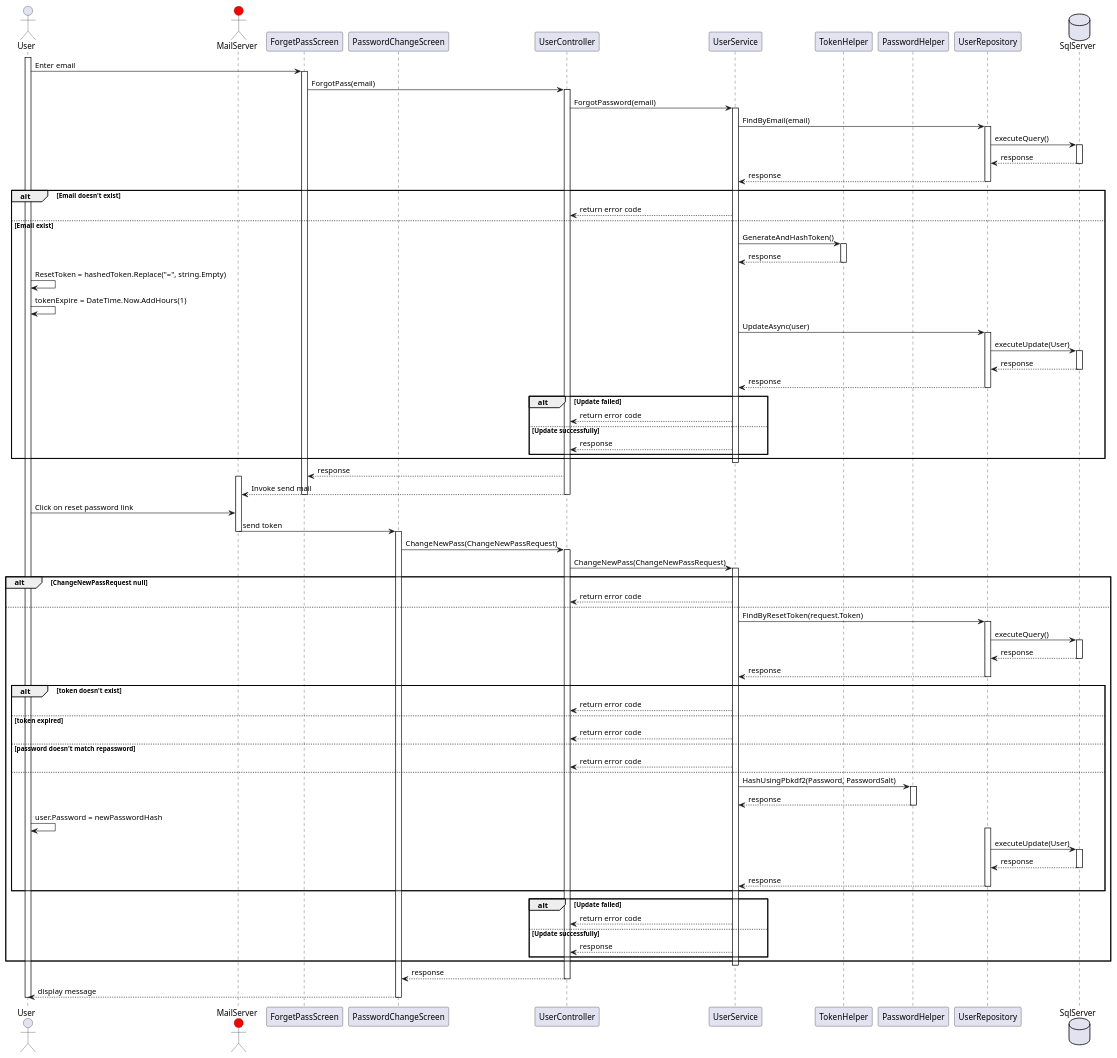
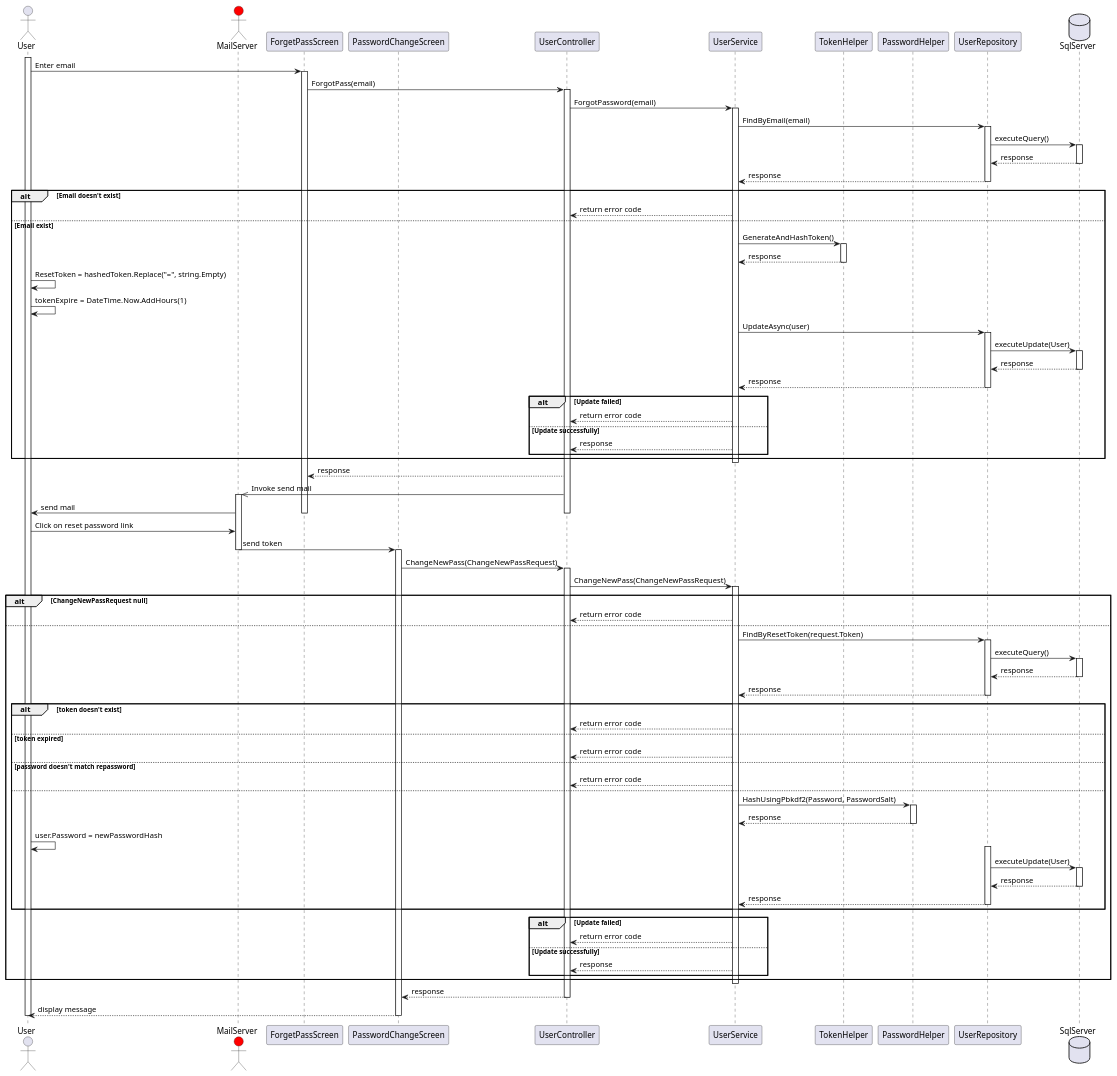
Before and after one commit to envydiace/FLMS_Diagram: the diagram in Common_feature_for_logged_user/Sequence_diagram/uc05_forgetpass.puml, drawn with PlantUML. The commit also changed 3 other files, not shown here.

Commit message:
update sequence + update arrow type

```diff
--- a/Common_feature_for_logged_user/Sequence_diagram/uc05_forgetpass.puml
+++ b/Common_feature_for_logged_user/Sequence_diagram/uc05_forgetpass.puml
@@ -1,108 +1,109 @@
 @startuml forgot password
 actor User
 actor MailServer #red
 participant ForgetPassScreen
 participant PasswordChangeScreen
 participant UserController
 participant UserService
 participant TokenHelper
 participant PasswordHelper
 participant UserRepository
 database SqlServer
 
 activate User
     User -> ForgetPassScreen: Enter email
     activate ForgetPassScreen
         ForgetPassScreen -> UserController: ForgotPass(email)
         activate UserController
             UserController -> UserService: ForgotPassword(email)
             activate UserService
                 UserService -> UserRepository: FindByEmail(email)
                 activate UserRepository
                     UserRepository -> SqlServer: executeQuery()
                     activate SqlServer
                         SqlServer --> UserRepository: response
                     deactivate SqlServer
                     UserRepository --> UserService: response
                 deactivate UserRepository
                 alt Email doesn't exist 
                     UserService --> UserController: return error code
                 else Email exist
                     UserService -> TokenHelper: GenerateAndHashToken()
                     activate TokenHelper
                         TokenHelper --> UserService: response
                     deactivate TokenHelper
                     User -> User: ResetToken = hashedToken.Replace("=", string.Empty) 
                     User -> User: tokenExpire  = DateTime.Now.AddHours(1)
                     UserService -> UserRepository: UpdateAsync(user)
                     activate UserRepository
                         UserRepository -> SqlServer: executeUpdate(User)
                         activate SqlServer
                             SqlServer --> UserRepository: response
                         deactivate SqlServer
                         UserRepository --> UserService: response
                     deactivate UserRepository
                     alt Update failed
                         UserService --> UserController: return error code
                     else Update successfully
                         UserService --> UserController: response
                     end
                 end
             deactivate UserService
             UserController --> ForgetPassScreen: response
+                UserController ->> MailServer: Invoke send mail
             activate MailServer
-                UserController --> MailServer: Invoke send mail
+            MailServer -> User: send mail
         deactivate UserController
     deactivate ForgetPassScreen
         User -> MailServer: Click on reset password link
         MailServer -> PasswordChangeScreen: send token
         deactivate MailServer
         activate PasswordChangeScreen
             PasswordChangeScreen -> UserController: ChangeNewPass(ChangeNewPassRequest)
             activate UserController
                 UserController -> UserService: ChangeNewPass(ChangeNewPassRequest)
                 activate UserService
                 alt ChangeNewPassRequest null
                     UserService --> UserController : return error code
                 else
                     UserService -> UserRepository: FindByResetToken(request.Token)
                     activate UserRepository
                         UserRepository -> SqlServer: executeQuery()
                         activate SqlServer
                             SqlServer --> UserRepository: response
                         deactivate SqlServer
                         UserRepository --> UserService: response
                     deactivate UserRepository
                     alt token doesn't exist
                         UserService --> UserController : return error code
                     else token expired
                         UserService --> UserController : return error code
                     else password doesn't match repassword
                         UserService --> UserController : return error code
                     else 
                         UserService -> PasswordHelper: HashUsingPbkdf2(Password, PasswordSalt)
                         activate PasswordHelper
                             PasswordHelper --> UserService: response
                         deactivate PasswordHelper
                         User -> User : user.Password = newPasswordHash
                         activate UserRepository
                             UserRepository -> SqlServer: executeUpdate(User)
                             activate SqlServer
                                 SqlServer --> UserRepository: response
                             deactivate SqlServer
                         UserRepository --> UserService: response
                         deactivate UserRepository
                     end
                     alt Update failed
                         UserService --> UserController: return error code
                     else Update successfully
                         UserService --> UserController: response
                     end
                 end
                 deactivate UserService
                 UserController --> PasswordChangeScreen: response
             deactivate UserController
             PasswordChangeScreen --> User: display message
         deactivate PasswordChangeScreen
 deactivate User
 @enduml
```
